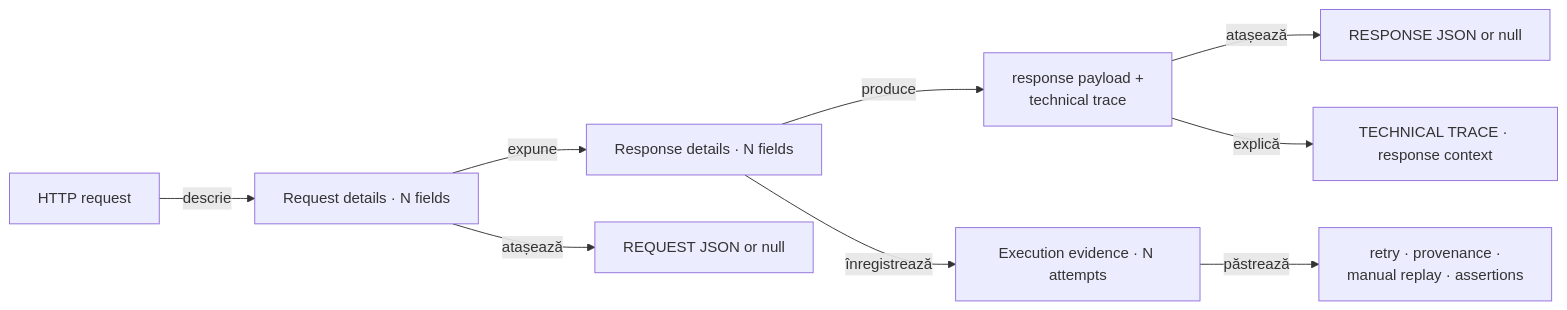
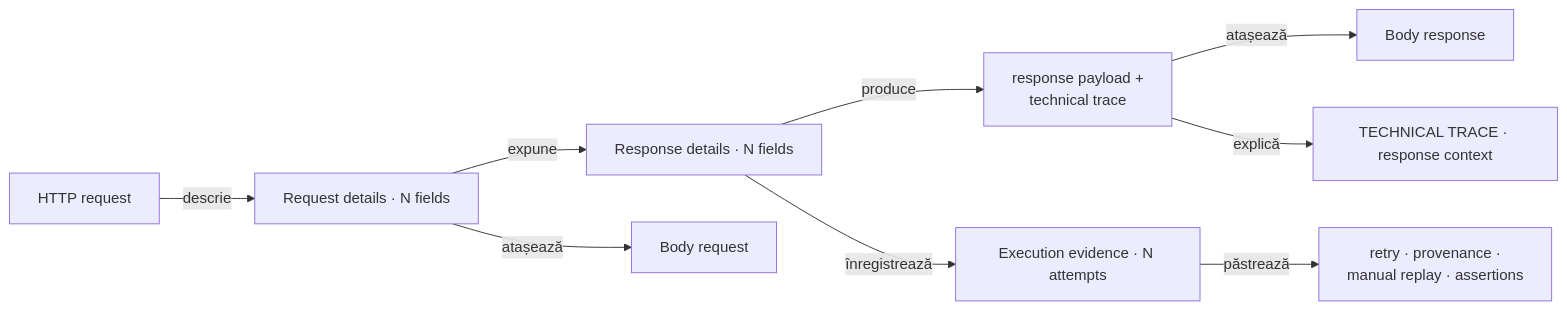
The fourth of 10 diagrams in docs/ATF_Reporting_Contract.md (crististefanita/demo2), drawn with Mermaid before and after one commit. The commit also changed other lines of this file and 110 other files, not shown here.

````diff
--- a/docs/ATF_Reporting_Contract.md
+++ b/docs/ATF_Reporting_Contract.md
@@ -334,11 +338,11 @@
 ```mermaid
 flowchart LR
     Request[HTTP request] -->|descrie| RequestDetails[Request details · N fields]
     RequestDetails -->|expune| ResponseDetails[Response details · N fields]
-    RequestDetails -->|atașează| RequestBody[REQUEST JSON or null]
+    RequestDetails -->|atașează| RequestBody["Body request"]
     ResponseDetails -->|produce| ResponseEvidence[response payload +<br/>technical trace]
     ResponseDetails -->|înregistrează| Execution[Execution evidence · N attempts]
-    ResponseEvidence -->|atașează| ResponseBody[RESPONSE JSON or null]
+    ResponseEvidence -->|atașează| ResponseBody["Body response"]
     ResponseEvidence -->|explică| Trace[TECHNICAL TRACE · response context]
     Execution -->|păstrează| ExecutionContext[retry · provenance ·<br/>manual replay · assertions]
 ```
````
